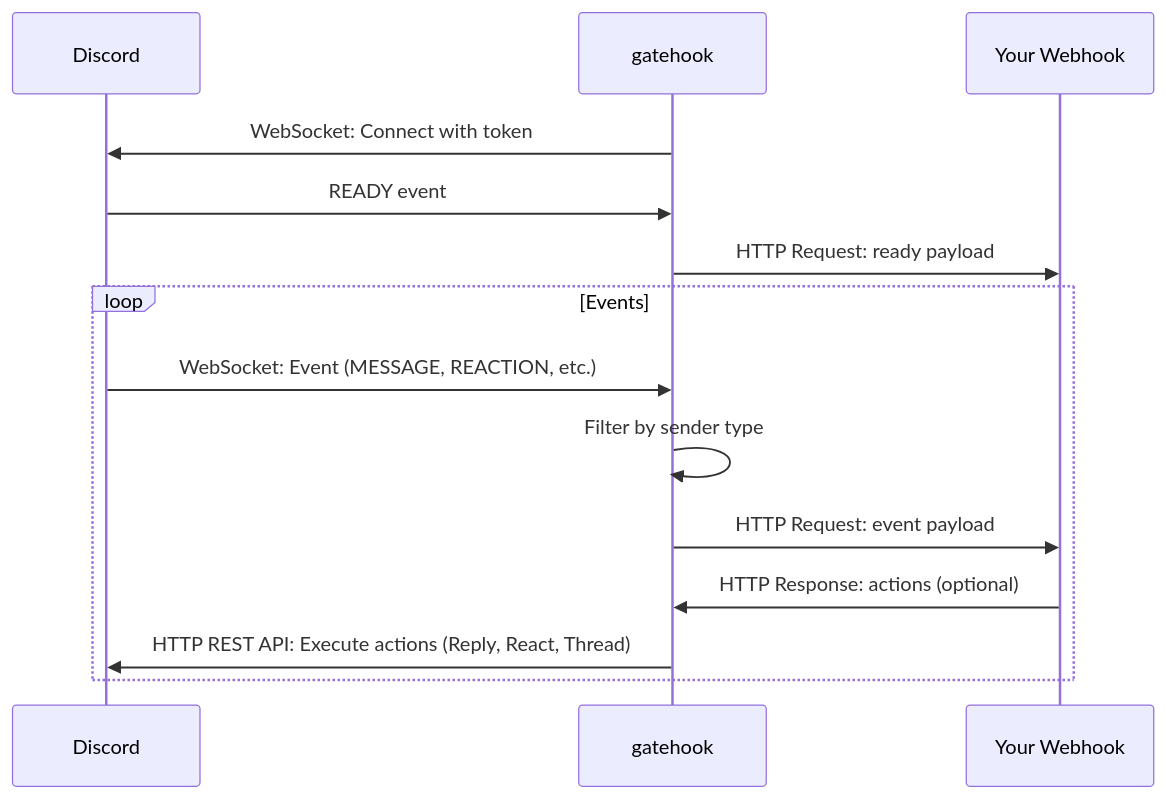
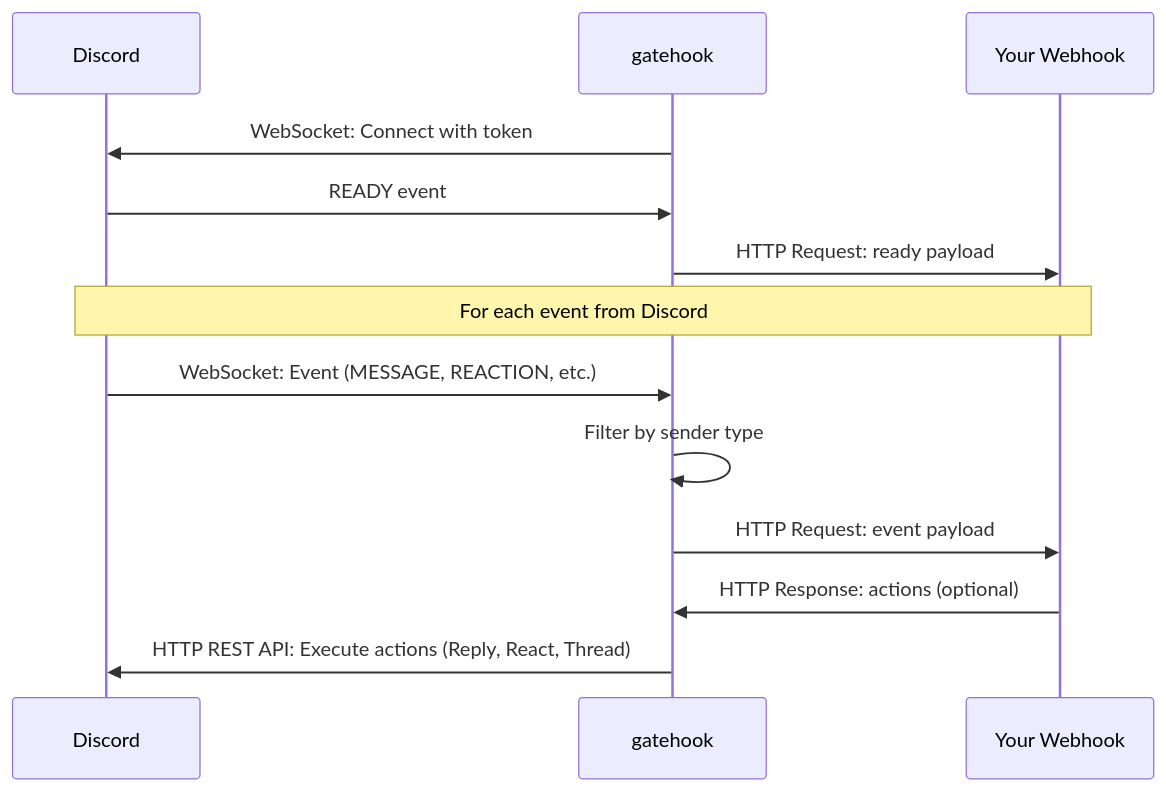
Before and after one commit to a24k/gatehook: the diagram in README.md, drawn with Mermaid.

Commit message:
docs: Replace loop with Note for event-driven flow
Changed from 'loop Events' to 'Note: For each event from Discord'
to better represent the event-driven nature of the system.
The flow is reactive (triggered by Discord events) rather than
an active loop.

🤖 Generated with [Claude Code](https://claude.com/claude-code)

````diff
--- a/README.md
+++ b/README.md
@@ -20,18 +20,17 @@
 ```mermaid
 sequenceDiagram
     participant Discord
     participant gatehook
     participant Your Webhook
 
     gatehook->>Discord: WebSocket: Connect with token
     Discord->>gatehook: READY event
     gatehook->>Your Webhook: HTTP Request: ready payload
 
-    loop Events
-        Discord->>gatehook: WebSocket: Event (MESSAGE, REACTION, etc.)
-        gatehook->>gatehook: Filter by sender type
-        gatehook->>Your Webhook: HTTP Request: event payload
-        Your Webhook->>gatehook: HTTP Response: actions (optional)
-        gatehook->>Discord: HTTP REST API: Execute actions (Reply, React, Thread)
-    end
+    Note over Discord,Your Webhook: For each event from Discord
+    Discord->>gatehook: WebSocket: Event (MESSAGE, REACTION, etc.)
+    gatehook->>gatehook: Filter by sender type
+    gatehook->>Your Webhook: HTTP Request: event payload
+    Your Webhook->>gatehook: HTTP Response: actions (optional)
+    gatehook->>Discord: HTTP REST API: Execute actions (Reply, React, Thread)
 ```
````
